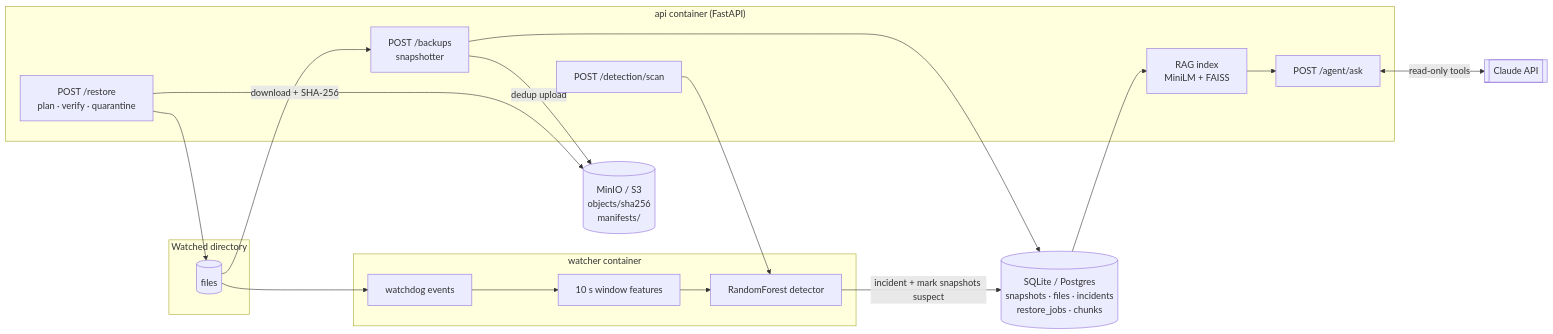
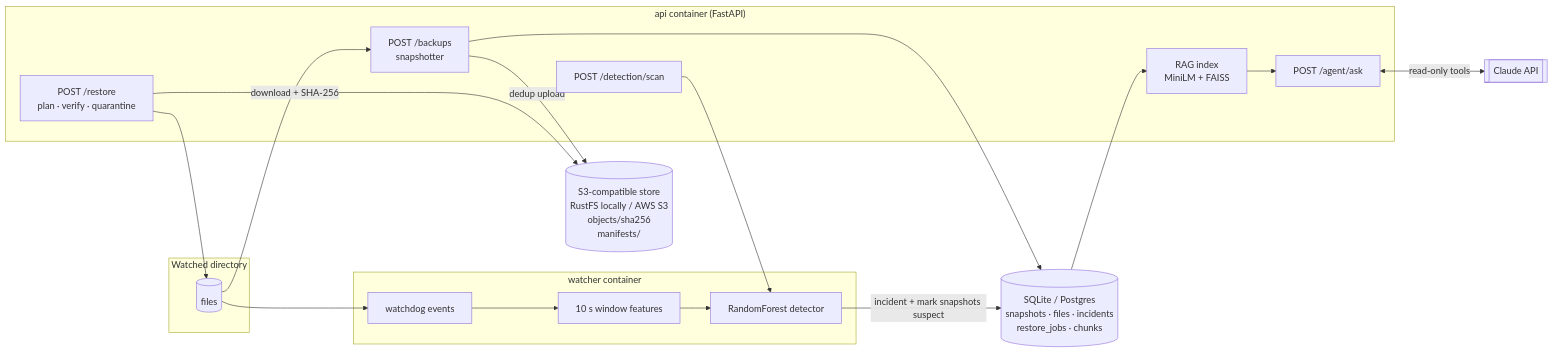
Before and after one commit to Adwaiittt/AI-Ransomware-Recovery-Agent: the diagram in README.md, drawn with Mermaid. The commit also changed other lines of this file and 7 other files, not shown here.

First line of the commit message:
Fix Docker stack: RustFS instead of MinIO, configurable ports, index race

````diff
--- a/README.md
+++ b/README.md
@@ -16,29 +16,29 @@
 ```mermaid
 flowchart LR
     subgraph host["Watched directory"]
         FS[(files)]
     end
     subgraph watcher["watcher container"]
         WD[watchdog events] --> FE[10 s window features] --> ML[RandomForest detector]
     end
     subgraph api["api container (FastAPI)"]
         BK[POST /backups<br/>snapshotter] 
         SC[POST /detection/scan]
         RS[POST /restore<br/>plan · verify · quarantine]
         AG[POST /agent/ask]
         IDX[RAG index<br/>MiniLM + FAISS]
     end
-    S3[(MinIO / S3<br/>objects/sha256<br/>manifests/)]
+    S3[(S3-compatible store<br/>RustFS locally / AWS S3<br/>objects/sha256<br/>manifests/)]
     DB[(SQLite / Postgres<br/>snapshots · files · incidents<br/>restore_jobs · chunks)]
     CL[[Claude API]]
 
     FS --> WD
     ML -- incident + mark snapshots suspect --> DB
     FS --> BK -- dedup upload --> S3
     BK --> DB
     SC --> ML
     RS -- download + SHA-256 --> S3
     RS --> FS
     DB --> IDX --> AG
     AG <-- read-only tools --> CL
 ```
````
